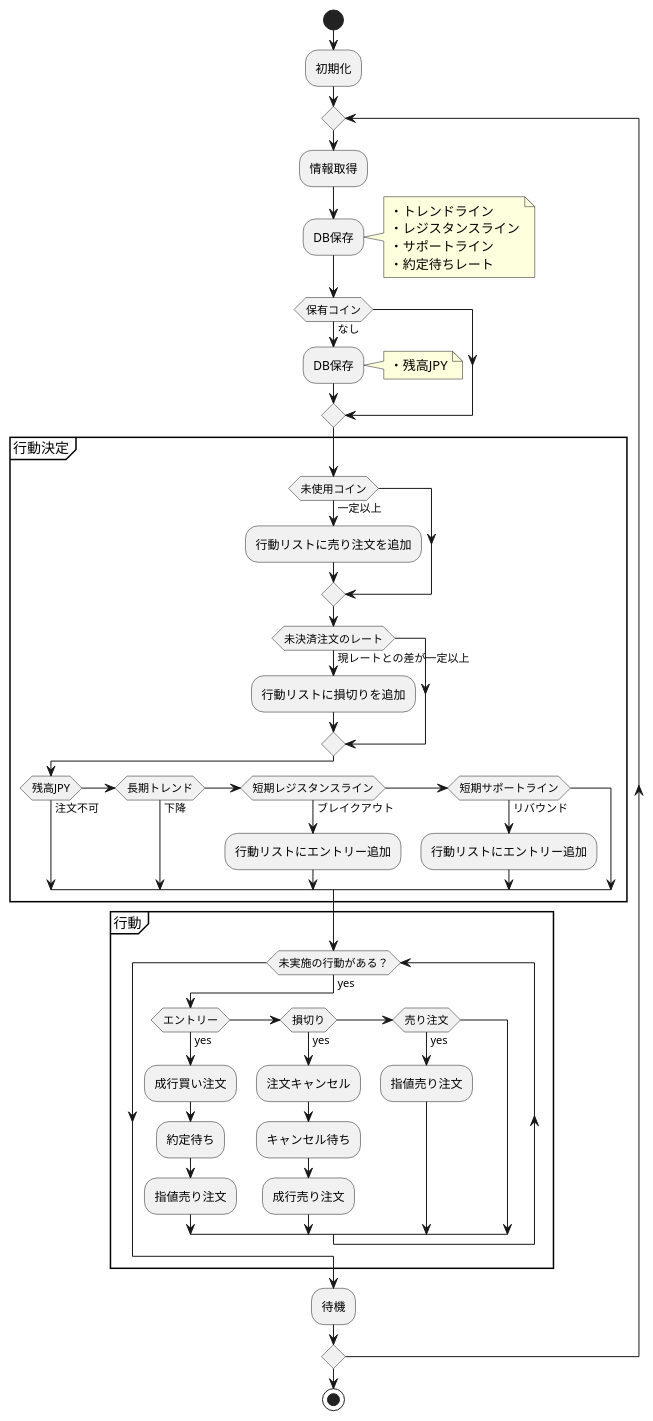
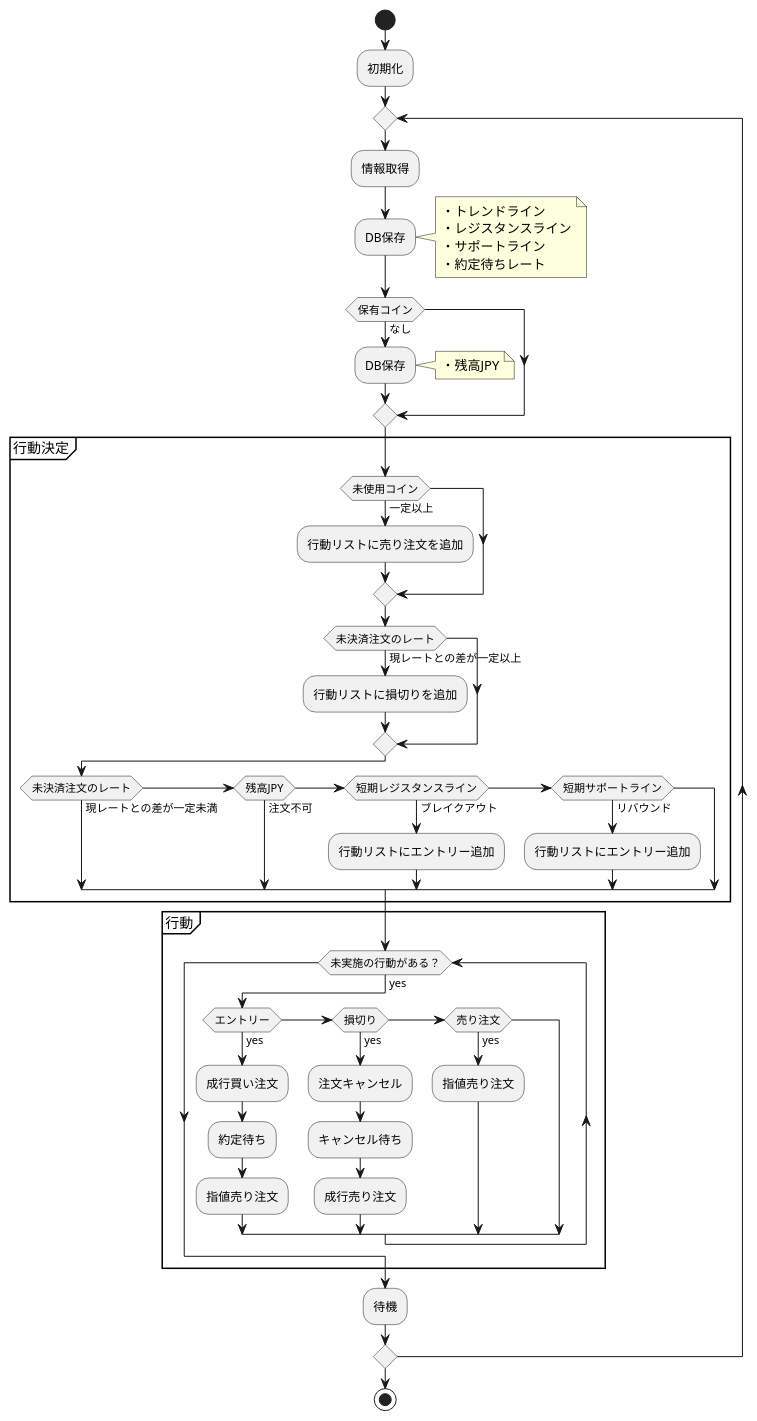
The diagram in docs/bot.plantuml (canpok1/trading-bot-rust), drawn with PlantUML before and after one commit. The commit also changed 10 other files, not shown here.

```diff
--- a/docs/bot.plantuml
+++ b/docs/bot.plantuml
@@ -1,62 +1,61 @@
 @startuml trading-bot-rust
 start
 
 :初期化;
 
 repeat
     :情報取得;
 
     :DB保存;
     note right
         ・トレンドライン
         ・レジスタンスライン
         ・サポートライン
         ・約定待ちレート
     end note
 
     if (保有コイン) then (なし)
         :DB保存;
         note right
             ・残高JPY
         end note
     endif
 
     partition 行動決定 {
         if (未使用コイン) then (一定以上)
             :行動リストに売り注文を追加;
         endif
 
         if (未決済注文のレート) then (現レートとの差が一定以上)
             :行動リストに損切りを追加;
         endif
-
-        if (残高JPY) then (注文不可)
-        elseif (長期トレンド) then (下降)
+        if (未決済注文のレート) then (現レートとの差が一定未満)
+        elseif (残高JPY) then (注文不可)
         elseif (短期レジスタンスライン) then (ブレイクアウト)
             :行動リストにエントリー追加;
         elseif (短期サポートライン) then (リバウンド)
             :行動リストにエントリー追加;
         endif
     }
 
     partition 行動 {
         while (未実施の行動がある？) is (yes)
             if (エントリー) then (yes)
                 :成行買い注文;
                 :約定待ち;
                 :指値売り注文;
             elseif (損切り) then (yes)
                 :注文キャンセル;
                 :キャンセル待ち;
                 :成行売り注文;
             elseif (売り注文) then (yes)
                 :指値売り注文;
             endif
         endwhile
     }
 
     :待機;
 repeat while
 
 stop
 @enduml
```
